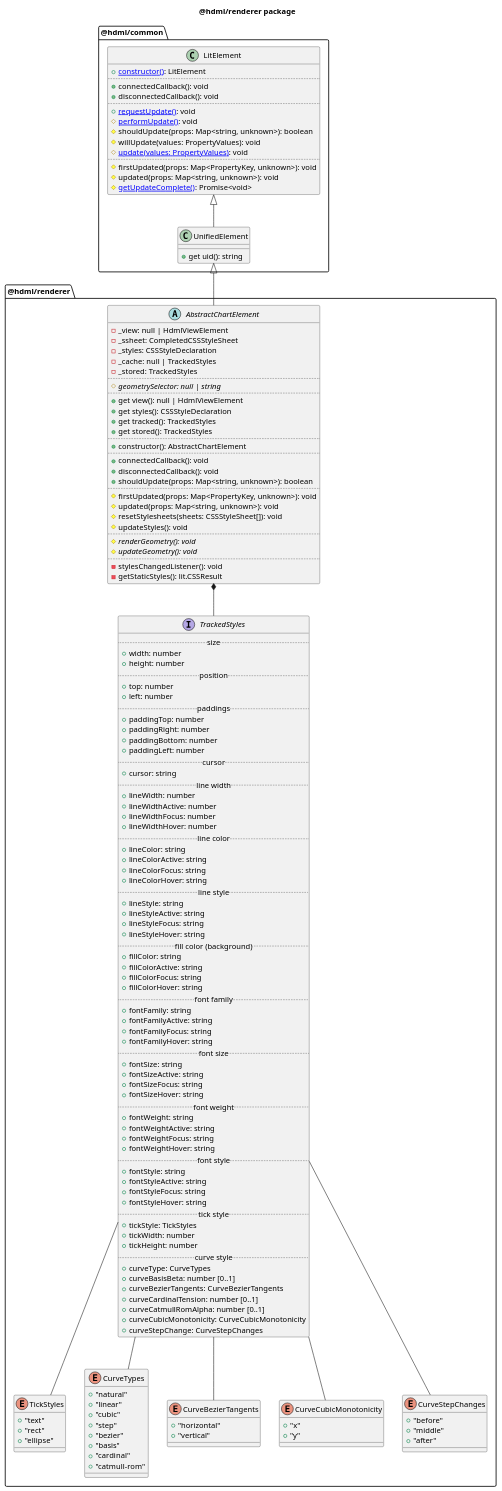
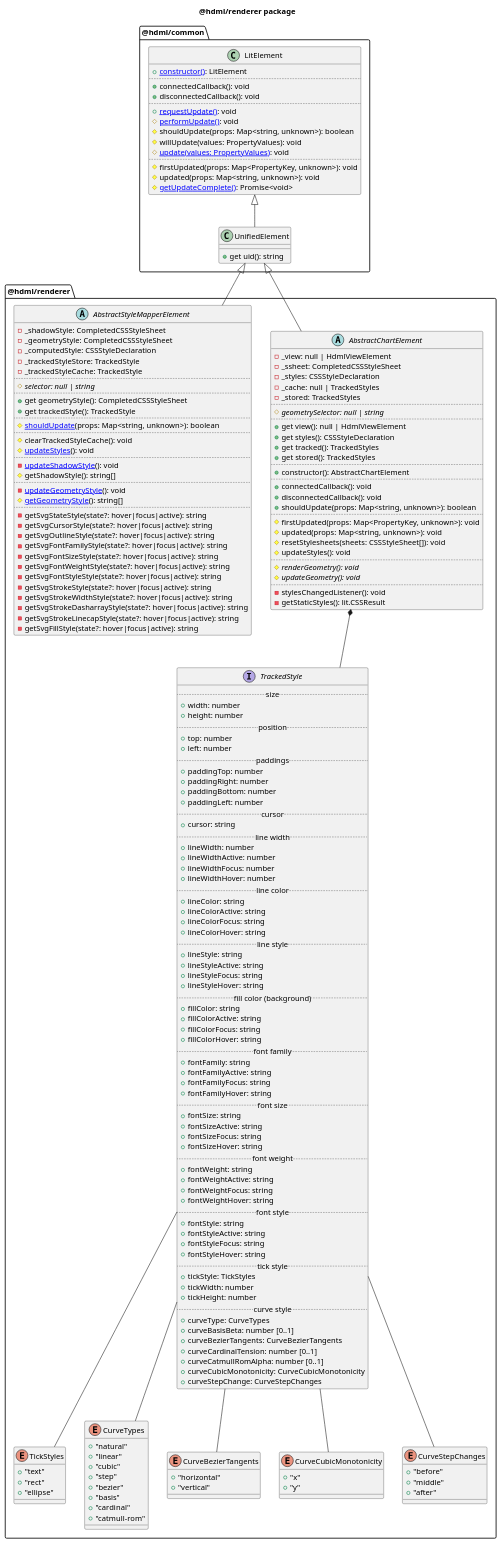
The first of 11 diagrams in puml/renderer.puml (hdml-github/hdml-github.github.io), drawn with PlantUML before and after one commit. The commit also changed other lines of this file and 12 other files, not shown here.

```diff
--- a/puml/renderer.puml
+++ b/puml/renderer.puml
@@ -58,7 +58,7 @@
       +"after"
     }
 
-    interface TrackedStyles {
+    interface TrackedStyle {
       ..size..
       +width: number
       +height: number
@@ -125,11 +125,11 @@
       +curveCubicMonotonicity: CurveCubicMonotonicity
       +curveStepChange: CurveStepChanges
     }
-    TrackedStyles -- TickStyles
-    TrackedStyles -- CurveTypes
-    TrackedStyles -- CurveBezierTangents
-    TrackedStyles -- CurveCubicMonotonicity
-    TrackedStyles -- CurveStepChanges
+    TrackedStyle -- TickStyles
+    TrackedStyle -- CurveTypes
+    TrackedStyle -- CurveBezierTangents
+    TrackedStyle -- CurveCubicMonotonicity
+    TrackedStyle -- CurveStepChanges
 
     abstract class AbstractChartElement {
       -_view: null | HdmlViewElement
@@ -163,6 +163,44 @@
       -getStaticStyles(): lit.CSSResult
     }
     UnifiedElement <|-- AbstractChartElement
-    AbstractChartElement *-- TrackedStyles
+    AbstractChartElement *-- TrackedStyle
+
+    abstract class AbstractStyleMapperElement {
+      -_shadowStyle: CompletedCSSStyleSheet
+      -_geometryStyle: CompletedCSSStyleSheet
+      -_computedStyle: CSSStyleDeclaration
+      -_trackedStyleStore: TrackedStyle
+      -_trackedStyleCache: TrackedStyle
+      ..
+      #{abstract} selector: null | string
+      ..
+      +get geometryStyle(): CompletedCSSStyleSheet
+      +get trackedStyle(): TrackedStyle
+      ..
+      #[[./AbstractStyleMapperElement_shouldUpdate.svg shouldUpdate]](props: Map<string, unknown>): boolean
+      ..
+      #clearTrackedStyleCache(): void
+      #[[AbstractStyleMapperElement_updateStyles.svg updateStyles]](): void
+      ..
+      -[[AbstractStyleMapperElement_updateShadowStyle.svg updateShadowStyle]](): void
+      #getShadowStyle(): string[]
+      ..
+      -[[./AbstractStyleMapperElement_updateGeometryStyle.svg updateGeometryStyle]](): void
+      #[[./AbstractStyleMapperElement_getGeometryStyle.svg getGeometryStyle]](): string[]
+      ..
+      -getSvgStateStyle(state?: hover|focus|active): string
+      -getSvgCursorStyle(state?: hover|focus|active): string
+      -getSvgOutlineStyle(state?: hover|focus|active): string
+      -getSvgFontFamilyStyle(state?: hover|focus|active): string
+      -getSvgFontSizeStyle(state?: hover|focus|active): string
+      -getSvgFontWeightStyle(state?: hover|focus|active): string
+      -getSvgFontStyleStyle(state?: hover|focus|active): string
+      -getSvgStrokeStyle(state?: hover|focus|active): string
+      -getSvgStrokeWidthStyle(state?: hover|focus|active): string
+      -getSvgStrokeDasharrayStyle(state?: hover|focus|active): string
+      -getSvgStrokeLinecapStyle(state?: hover|focus|active): string
+      -getSvgFillStyle(state?: hover|focus|active): string
+    }
+    UnifiedElement <|-- AbstractStyleMapperElement
   }
 @enduml
```
